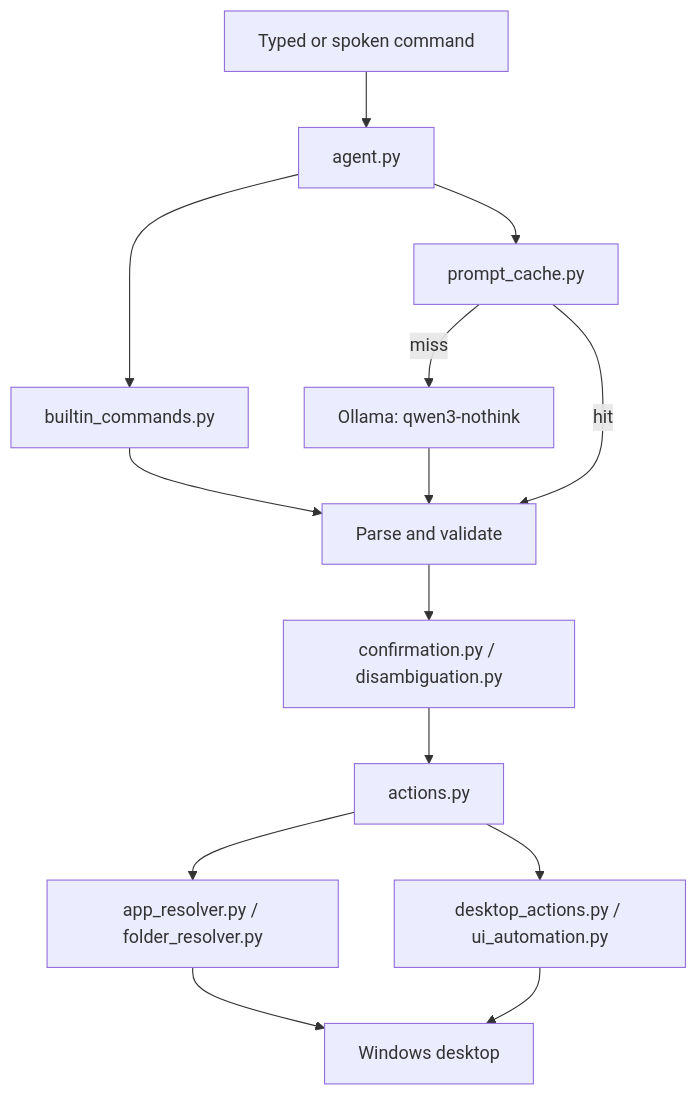
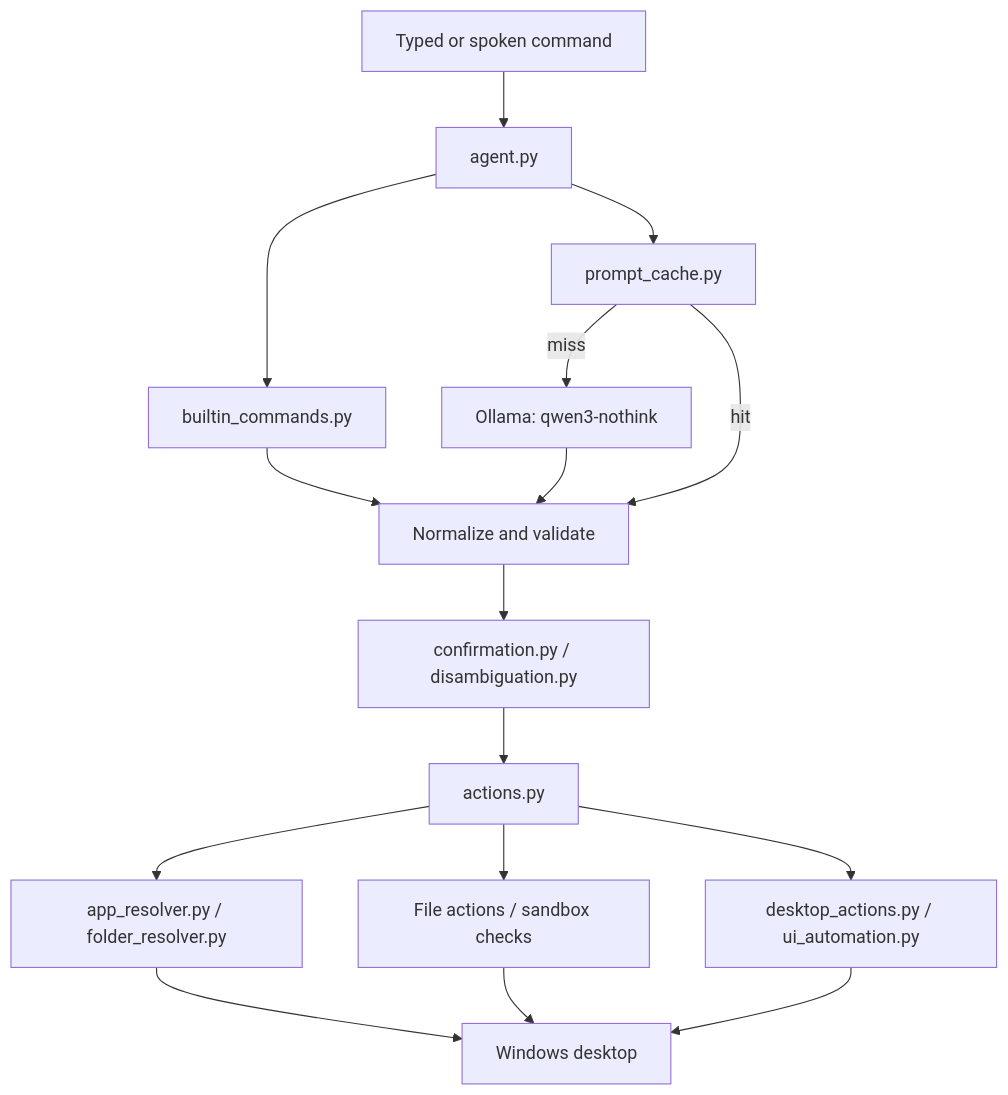
Before and after one commit to ayush60728/Agent: the diagram in README.md, drawn with Mermaid. The commit also changed other lines of this file, not shown here.

````diff
--- a/README.md
+++ b/README.md
@@ -21,16 +31,18 @@
 ```mermaid
 flowchart TD
   Input["Typed or spoken command"] --> Agent["agent.py"]
   Agent --> Builtins["builtin_commands.py"]
   Agent --> Cache["prompt_cache.py"]
   Cache -->|miss| Ollama["Ollama: qwen3-nothink"]
-  Builtins --> Validate["Parse and validate"]
-  Ollama --> Validate
-  Cache -->|hit| Validate
-  Validate --> Safety["confirmation.py / disambiguation.py"]
-  Safety --> Actions["actions.py"]
-  Actions --> Resolve["app_resolver.py / folder_resolver.py"]
-  Actions --> Desktop["desktop_actions.py / ui_automation.py"]
+  Builtins --> Contract["Normalize and validate"]
+  Ollama --> Contract
+  Cache -->|hit| Contract
+  Contract --> Safety["confirmation.py / disambiguation.py"]
+  Safety --> Dispatcher["actions.py"]
+  Dispatcher --> Files["File actions / sandbox checks"]
+  Dispatcher --> Resolve["app_resolver.py / folder_resolver.py"]
+  Dispatcher --> Desktop["desktop_actions.py / ui_automation.py"]
   Resolve --> Windows["Windows desktop"]
+  Files --> Windows
   Desktop --> Windows
 ```
````
